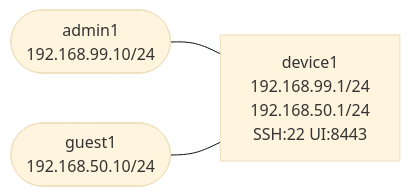
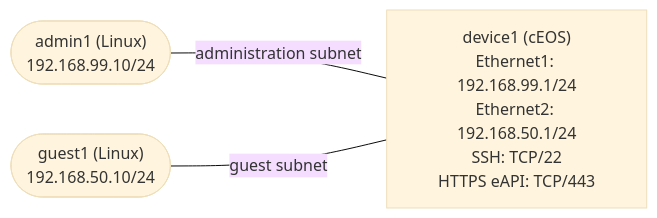
Before and after one commit to jschless/networkingLabs: the diagram in labs/management-access-control/README.md, drawn with Mermaid (base theme). The commit also changed other lines of this file and 198 other files, not shown here.

````diff
--- a/labs/management-access-control/README.md
+++ b/labs/management-access-control/README.md
@@ -16,9 +11,9 @@
 ```mermaid
 flowchart LR
-    admin(["admin1<br/>192.168.99.10/24"])
-    device["device1<br/>192.168.99.1/24<br/>192.168.50.1/24<br/>SSH:22 UI:8443"]
-    guest(["guest1<br/>192.168.50.10/24"])
+    admin(["admin1 (Linux)<br/>192.168.99.10/24"])
+    device["device1 (cEOS)<br/>Ethernet1: 192.168.99.1/24<br/>Ethernet2: 192.168.50.1/24<br/>SSH: TCP/22<br/>HTTPS eAPI: TCP/443"]
+    guest(["guest1 (Linux)<br/>192.168.50.10/24"])
 
-    admin --- device
-    guest --- device
+    admin ---|"administration subnet"| device
+    guest ---|"guest subnet"| device
 ```
````
